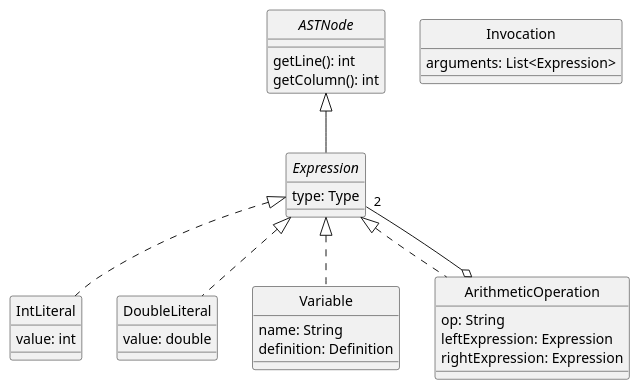
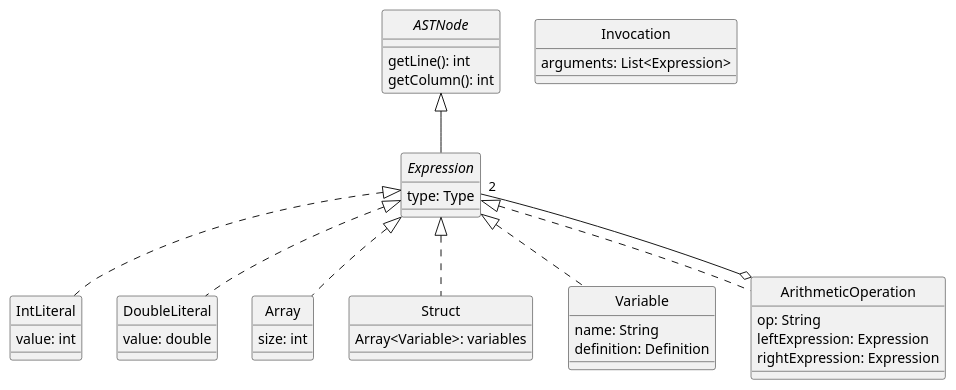
One commit to uo277440/dlp-compiler changed the diagram in docs/diagrams/expressions.plantuml. Above: the diagram before and after it, drawn with PlantUML. The commit also changed 1 other file, not shown here.

Commit message:
cambios en diagramas

```diff
--- a/docs/diagrams/expressions.plantuml
+++ b/docs/diagrams/expressions.plantuml
@@ -1,40 +1,48 @@
 @startuml Expressions
 skinparam style strictuml
 skinparam monochrome true
 
 
 interface ASTNode {
     getLine(): int
     getColumn(): int
 }
 
 interface Expression{
 type: Type
 }
 
 class IntLiteral {
     value: int
 }
 class DoubleLiteral {
     value: double
 }
+class Array {
+    size: int
+}
+class Struct {
+    Array<Variable>: variables
+}
 class Variable{
     name: String
     definition: Definition
 }
 class ArithmeticOperation{
     op: String
     leftExpression: Expression
     rightExpression: Expression
 }
 class Invocation{
     arguments: List<Expression>
 }
 ASTNode <|-- Expression
 Expression <|.. IntLiteral
 Expression <|.. DoubleLiteral
+Expression <|.. Array
 Expression <|.. Variable
+Expression <|.. Struct
 Expression <|.. ArithmeticOperation
 ArithmeticOperation o-- "2" Expression
 
 @enduml
```
